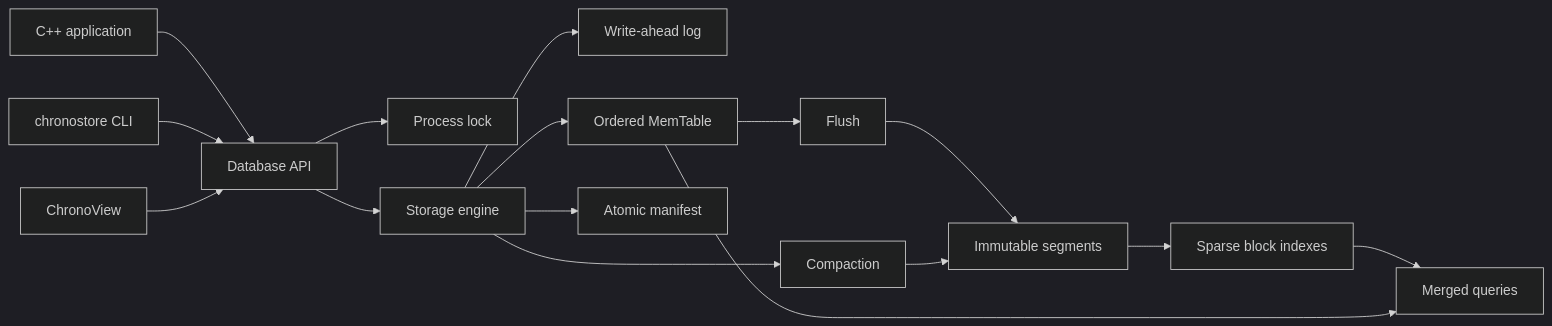
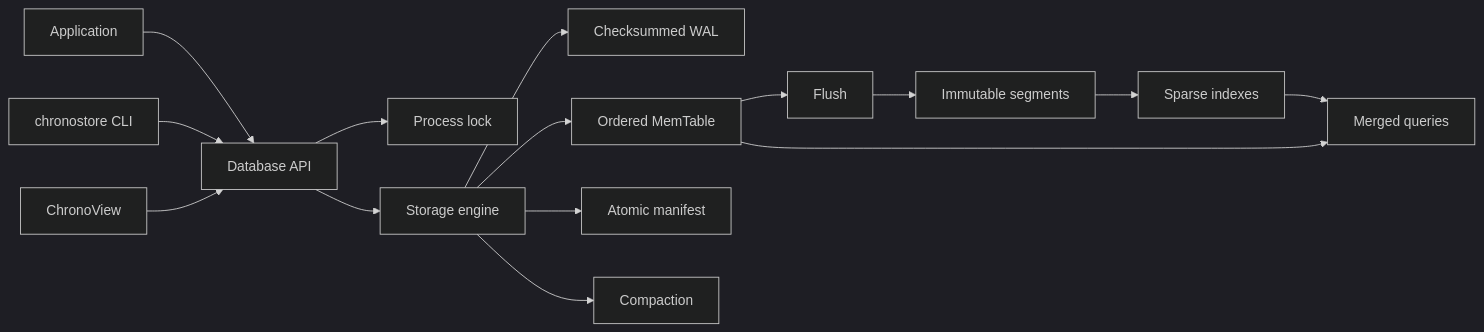
The diagram in README.md (peprick/chronostore), drawn with Mermaid (dark theme) before and after one commit. The commit also changed other lines of this file and 24 other files, not shown here.

````diff
--- a/README.md
+++ b/README.md
@@ -37,19 +124,18 @@
 ```mermaid
 flowchart LR
-    APP["C++ application"] --> API["Database API"]
+    APP["Application"] --> API["Database API"]
     CLI["chronostore CLI"] --> API
     GUI["ChronoView"] --> API
 
     API --> LOCK["Process lock"]
     API --> ENGINE["Storage engine"]
-    ENGINE --> WAL["Write-ahead log"]
+    ENGINE --> WAL["Checksummed WAL"]
     ENGINE --> MEM["Ordered MemTable"]
     MEM --> FLUSH["Flush"]
     FLUSH --> SEG["Immutable segments"]
-    SEG --> IDX["Sparse block indexes"]
-    ENGINE --> MAN["Atomic manifest"]
+    SEG --> INDEX["Sparse indexes"]
+    ENGINE --> MANIFEST["Atomic manifest"]
     ENGINE --> COMPACT["Compaction"]
-    COMPACT --> SEG
-    IDX --> QUERY["Merged queries"]
+    INDEX --> QUERY["Merged queries"]
     MEM --> QUERY
 ```
````
